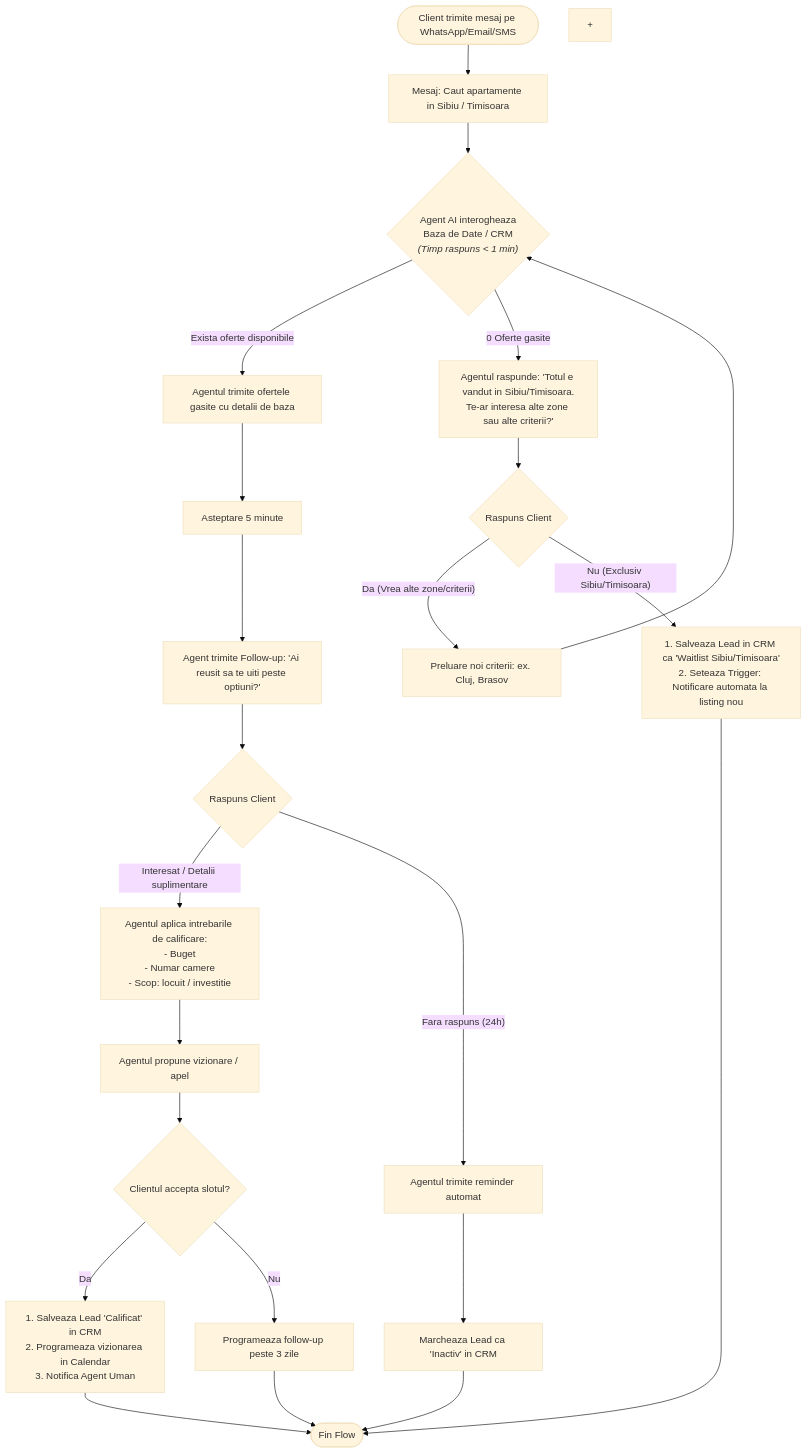
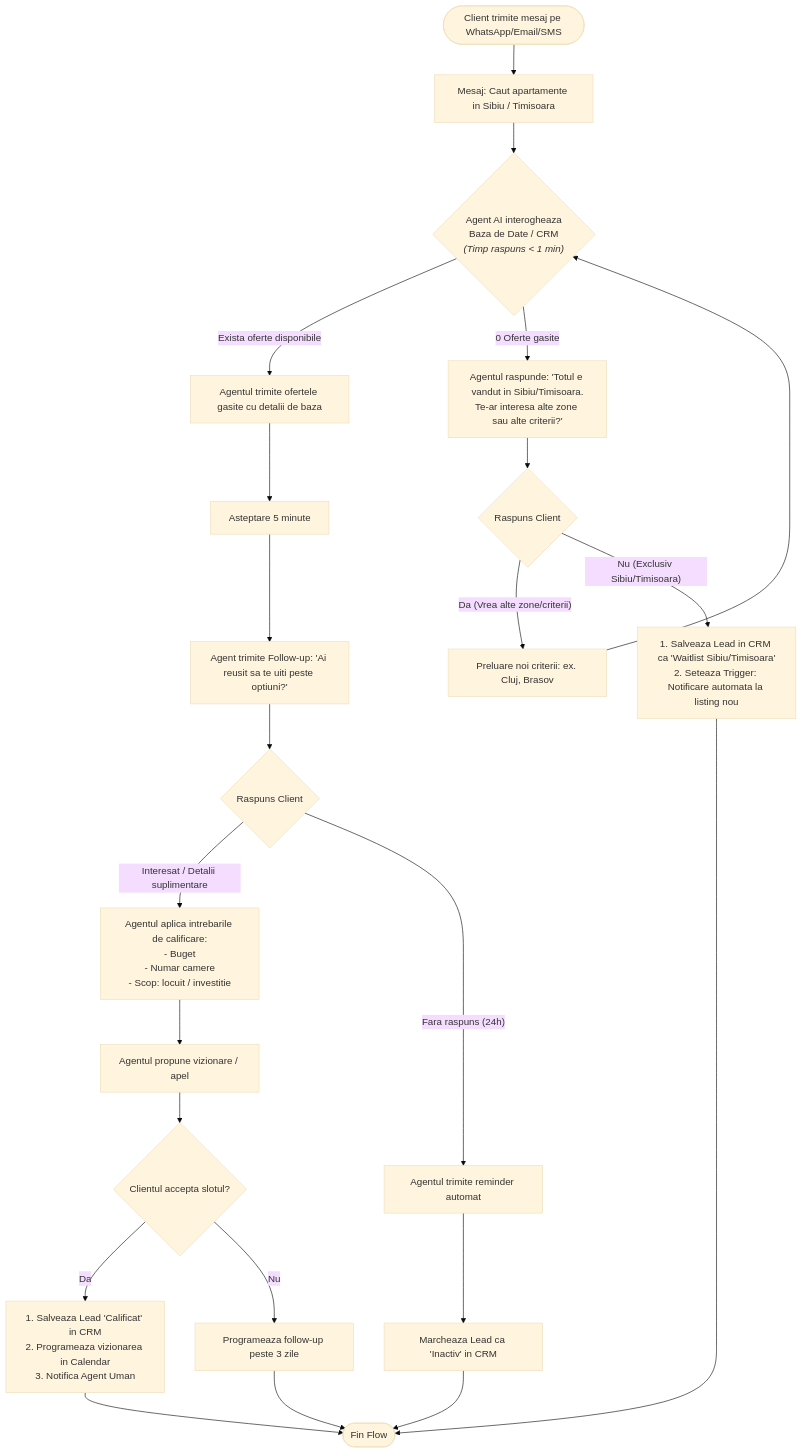
The first of 3 diagrams in real-estate.md (aianau/automation-use-cases), drawn with Mermaid (base theme) before and after one commit. The commit also changed other lines of this file, not shown here.

Commit message:
fixing <br> for github rendering

````diff
--- a/real-estate.md
+++ b/real-estate.md
@@ -7,37 +7,36 @@
 ```mermaid
 flowchart TD
     Start(["Client trimite mesaj pe WhatsApp/Email/SMS"]) --> Input["Mesaj: Caut apartamente in Sibiu / Timisoara"]
-    Input --> DB_Check{"Agent AI interogheaza<br/>Baza de Date / CRM<br/><i>(Timp raspuns &lt; 1 min)</i>"}
+    Input --> DB_Check{"Agent AI interogheaza<br>Baza de Date / CRM<br><i>(Timp raspuns &lt; 1 min)</i>"}
 
-+
     %% Scenariu A: Exista oferte
     DB_Check -- "Exista oferte disponibile" --> Send_Offers["Agentul trimite ofertele gasite cu detalii de baza"]
     Send_Offers --> Wait1["Asteptare 5 minute"]
     Wait1 --> FollowUp1["Agent trimite Follow-up: 'Ai reusit sa te uiti peste optiuni?'"]
     
     FollowUp1 --> Client_Response1{"Raspuns Client"}
     
-    Client_Response1 -- "Interesat / Detalii suplimentare" --> Qualify["Agentul aplica intrebarile de calificare:<br/>- Buget<br/>- Numar camere<br/>- Scop: locuit / investitie"]
+    Client_Response1 -- "Interesat / Detalii suplimentare" --> Qualify["Agentul aplica intrebarile de calificare:<br>- Buget<br>- Numar camere<br>- Scop: locuit / investitie"]
     Qualify --> Schedule["Agentul propune vizionare / apel"]
     Schedule --> Booked{"Clientul accepta slotul?"}
     
-    Booked -- Da --> CRM_Success["1. Salveaza Lead 'Calificat' in CRM<br/>2. Programeaza vizionarea in Calendar<br/>3. Notifica Agent Uman"]
+    Booked -- Da --> CRM_Success["1. Salveaza Lead 'Calificat' in CRM<br>2. Programeaza vizionarea in Calendar<br>3. Notifica Agent Uman"]
     Booked -- Nu --> Nurture["Programeaza follow-up peste 3 zile"]
 
     Client_Response1 -- "Fara raspuns (24h)" --> ReEngage["Agentul trimite reminder automat"]
     ReEngage --> CRM_Cold["Marcheaza Lead ca 'Inactiv' in CRM"]
 
     %% Scenariu B: Nu exista oferte
-    DB_Check -- "0 Oferte gasite" --> No_Offers["Agentul raspunde: 'Totul e vandut in Sibiu/Timisoara.<br/>Te-ar interesa alte zone sau alte criterii?'"]
+    DB_Check -- "0 Oferte gasite" --> No_Offers["Agentul raspunde: 'Totul e vandut in Sibiu/Timisoara.<br>Te-ar interesa alte zone sau alte criterii?'"]
     No_Offers --> Client_Response2{"Raspuns Client"}
 
     Client_Response2 -- "Da (Vrea alte zone/criterii)" --> Update_Criteria["Preluare noi criterii: ex. Cluj, Brasov"]
     Update_Criteria --> DB_Check
 
-    Client_Response2 -- "Nu (Exclusiv Sibiu/Timisoara)" --> Waitlist["1. Salveaza Lead in CRM ca 'Waitlist Sibiu/Timisoara'<br/>2. Seteaza Trigger: Notificare automata la listing nou"]
+    Client_Response2 -- "Nu (Exclusiv Sibiu/Timisoara)" --> Waitlist["1. Salveaza Lead in CRM ca 'Waitlist Sibiu/Timisoara'<br>2. Seteaza Trigger: Notificare automata la listing nou"]
     
     CRM_Success --> End(["Fin Flow"])
     CRM_Cold --> End
     Nurture --> End
     Waitlist --> End
 ```
````
